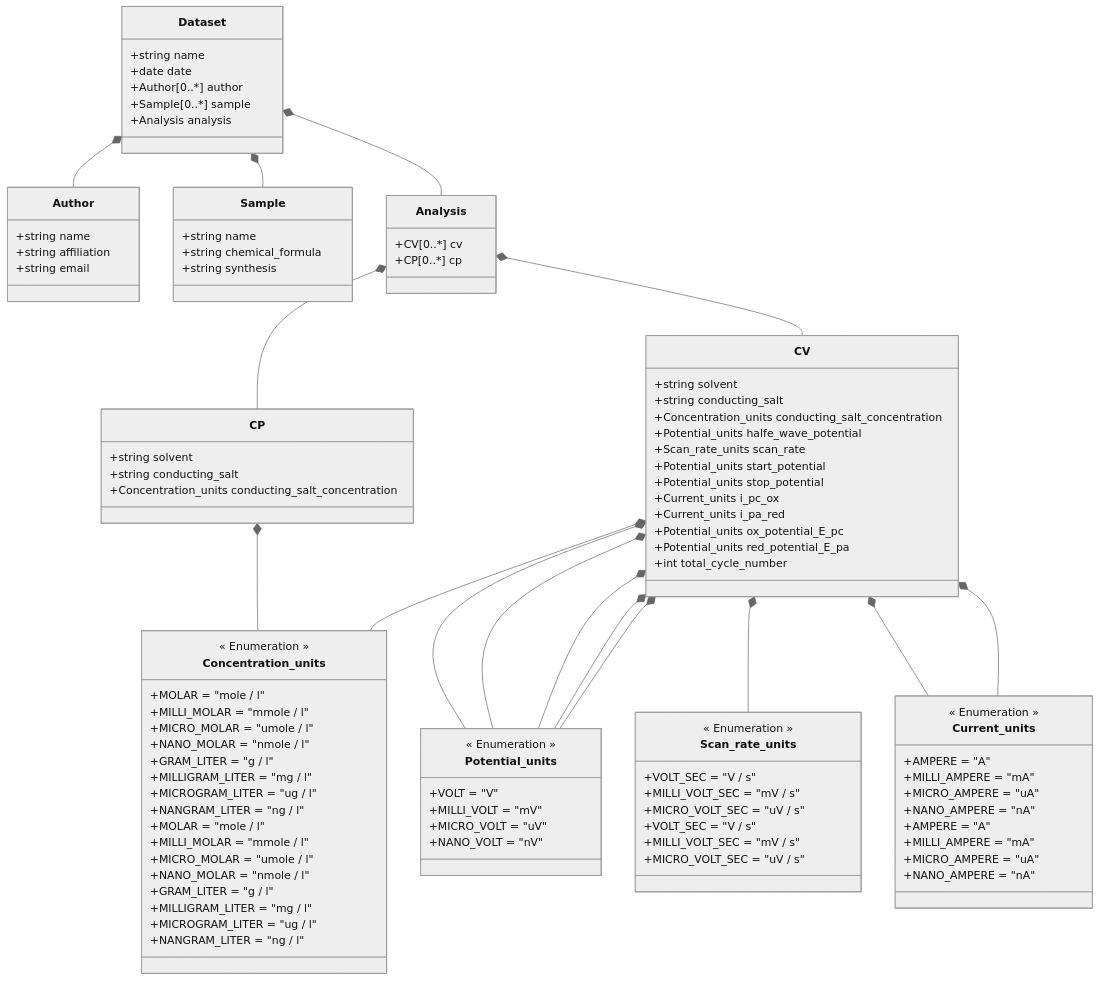
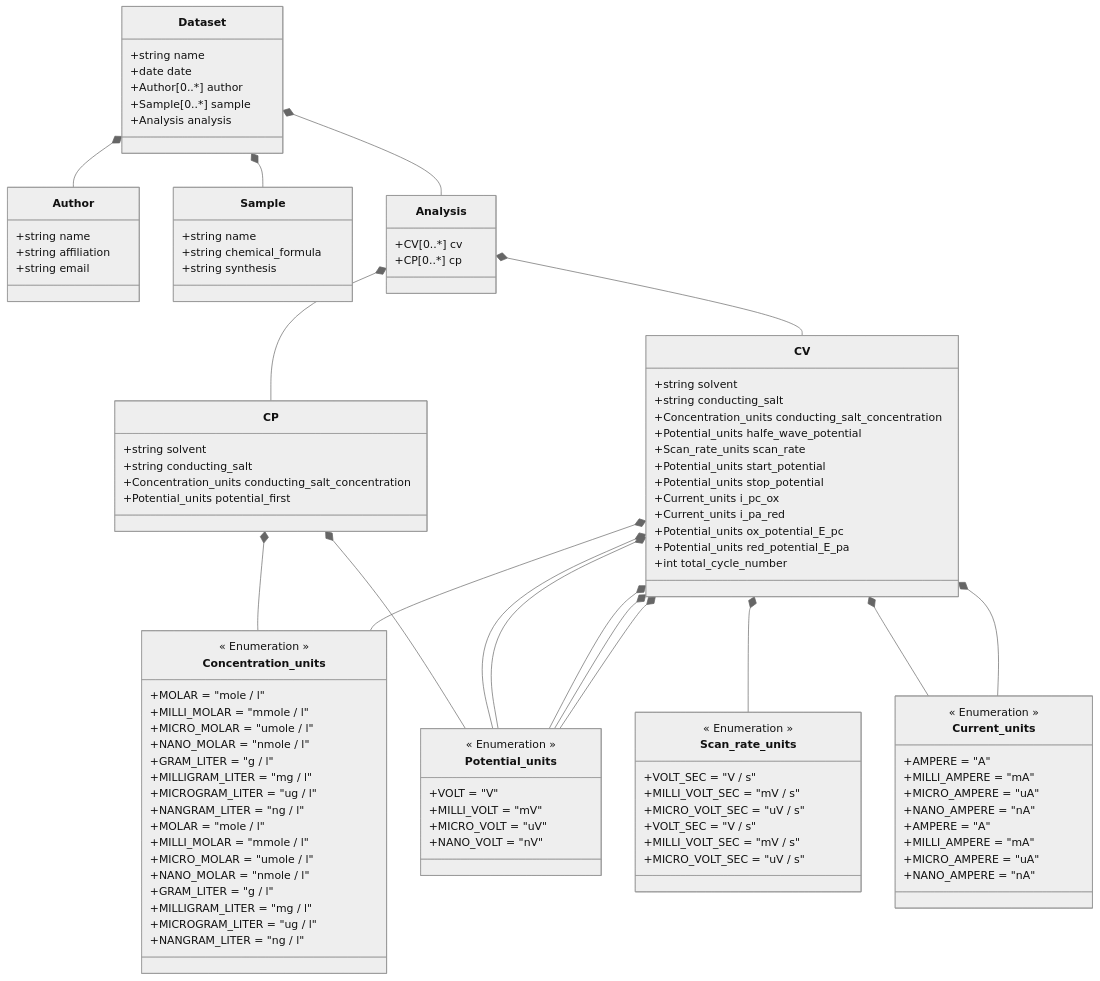
One commit to FAIRChemistry/datamodel-electrochemistry changed the diagram in ElectrochemistryDataModel/schemes/Datamodel for Electrochemistry.md. Above: the diagram before and after it, drawn with Mermaid (neutral theme). The commit also changed 7 other files, not shown here.

```diff
--- a/ElectrochemistryDataModel/schemes/Datamodel for Electrochemistry.md
+++ b/ElectrochemistryDataModel/schemes/Datamodel for Electrochemistry.md
@@ -6,6 +6,7 @@
     Analysis *-- CV
     Analysis *-- CP
     CP *-- Concentration_units
+    CP *-- Potential_units
     CV *-- Concentration_units
     CV *-- Potential_units
     CV *-- Scan_rate_units
@@ -39,6 +40,7 @@
         +string solvent
         +string conducting_salt
         +Concentration_units conducting_salt_concentration
+        +Potential_units potential_first
     }
     
     class CV {
```
